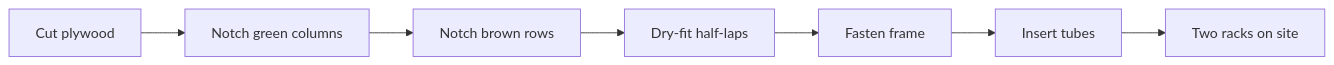
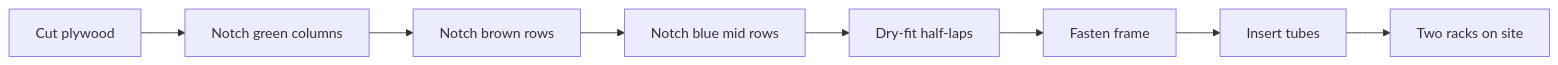
The second of 2 diagrams in design/finale-mortar-rack/README.md (cesau78/fireworks-display-2026), drawn with Mermaid before and after one commit. The commit also changed other lines of this file and 12 other files, not shown here.

````diff
--- a/design/finale-mortar-rack/README.md
+++ b/design/finale-mortar-rack/README.md
@@ -125,9 +196,10 @@
 ```mermaid
 flowchart LR
   cut[Cut plywood] --> notchG[Notch green columns]
   notchG --> notchB[Notch brown rows]
-  notchB --> fit[Dry-fit half-laps]
+  notchB --> notchM[Notch blue mid rows]
+  notchM --> fit[Dry-fit half-laps]
   fit --> fasten[Fasten frame]
   fasten --> tubes[Insert tubes]
   tubes --> field[Two racks on site]
 ```
````
